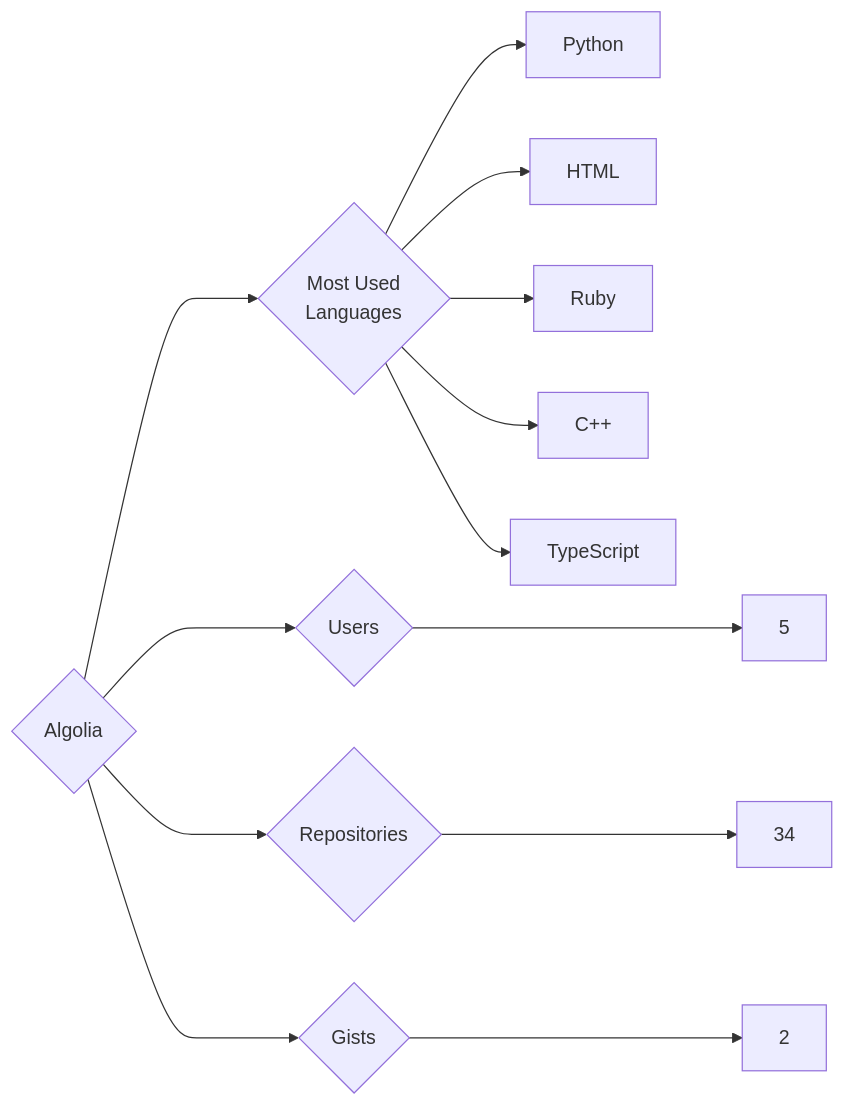
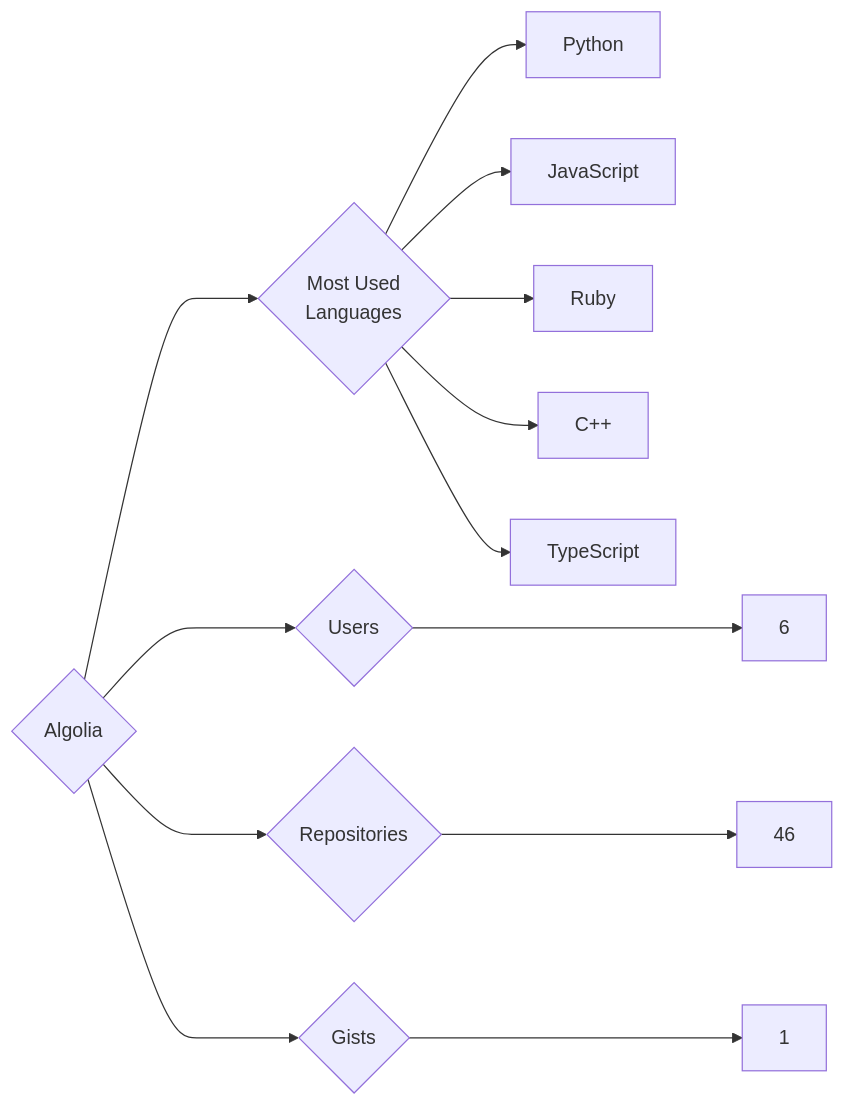
Before and after one commit to trickest/insiders: the diagram in targets/Algolia/README.md, drawn with Mermaid. The commit also changed 985 other files, not shown here.

````diff
--- a/targets/Algolia/README.md
+++ b/targets/Algolia/README.md
@@ -3,13 +3,13 @@
 ```mermaid
 graph LR
 COMPANY_NAME{Algolia}
-COMPANY_NAME ---> U{Users} ---> UN[5]
-COMPANY_NAME ---> R{Repositories} ---> RN[34]
-COMPANY_NAME ---> G{Gists} ---> GN[2]
+COMPANY_NAME ---> U{Users} ---> UN[6]
+COMPANY_NAME ---> R{Repositories} ---> RN[46]
+COMPANY_NAME ---> G{Gists} ---> GN[1]
 COMPANY_NAME ---> ML{Most Used<br>Languages}
 ML --> Python[Python]
-ML --> HTML[HTML]
+ML --> JavaScript[JavaScript]
 ML --> Ruby[Ruby]
 ML --> C++[C++]
 ML --> TypeScript[TypeScript]
 ```
````
